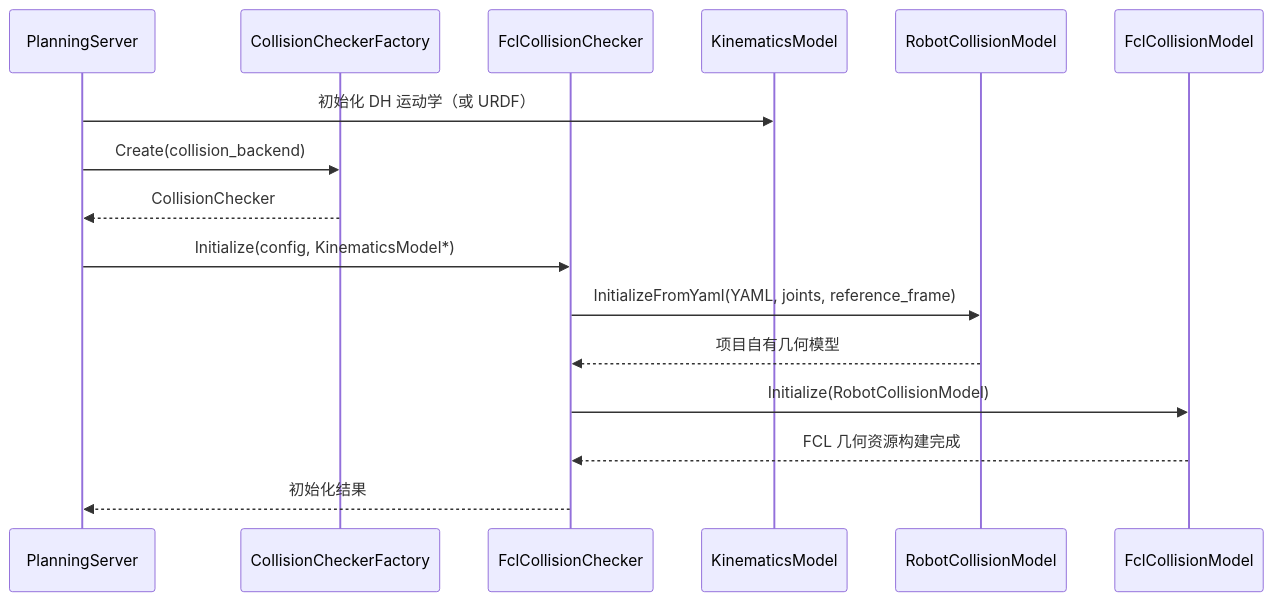
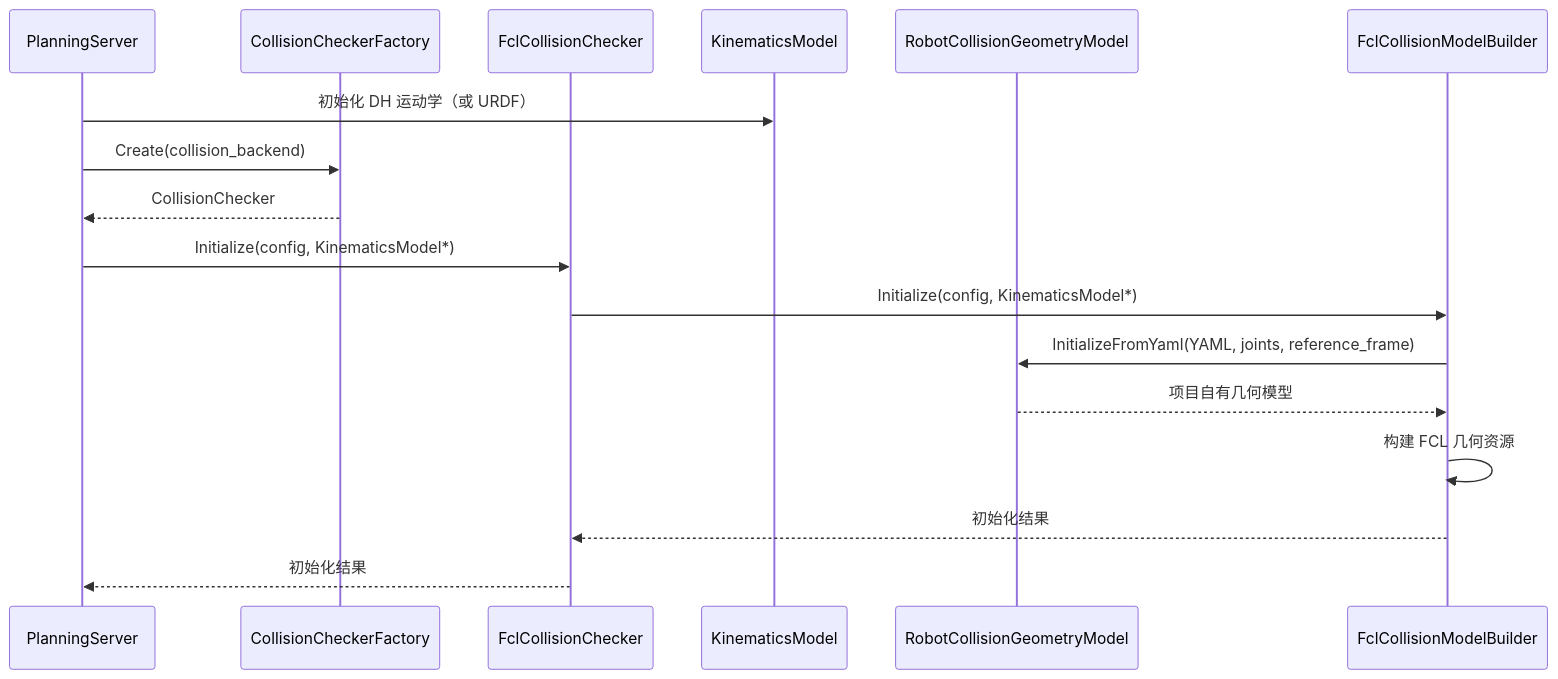
One commit to Polaris-zhj/excavator_motion_planning changed the second of 4 diagrams in docs/collision_detection_design.md. Above: the diagram before and after it, drawn with Mermaid. The commit also changed other lines of this file and 557 other files, not shown here.

````diff
--- a/docs/collision_detection_design.md
+++ b/docs/collision_detection_design.md
@@ -218,19 +231,20 @@
 ```mermaid
 sequenceDiagram
     participant P as PlanningServer
     participant F as CollisionCheckerFactory
     participant C as FclCollisionChecker
     participant K as KinematicsModel
-    participant R as RobotCollisionModel
-    participant A as FclCollisionModel
+    participant R as RobotCollisionGeometryModel
+    participant A as FclCollisionModelBuilder
 
     P->>K: 初始化 DH 运动学（或 URDF）
     P->>F: Create(collision_backend)
     F-->>P: CollisionChecker
     P->>C: Initialize(config, KinematicsModel*)
-    C->>R: InitializeFromYaml(YAML, joints, reference_frame)
-    R-->>C: 项目自有几何模型
-    C->>A: Initialize(RobotCollisionModel)
-    A-->>C: FCL 几何资源构建完成
+    C->>A: Initialize(config, KinematicsModel*)
+    A->>R: InitializeFromYaml(YAML, joints, reference_frame)
+    R-->>A: 项目自有几何模型
+    A->>A: 构建 FCL 几何资源
+    A-->>C: 初始化结果
     C-->>P: 初始化结果
 ```
````
